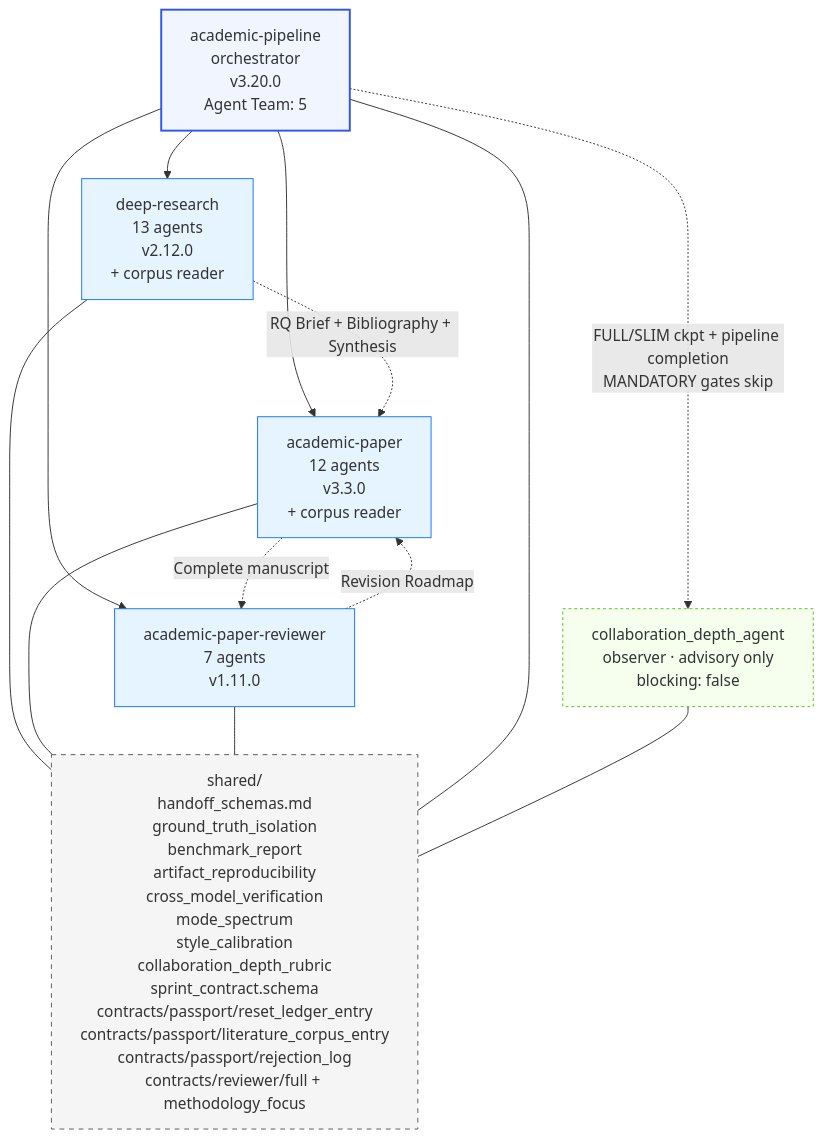
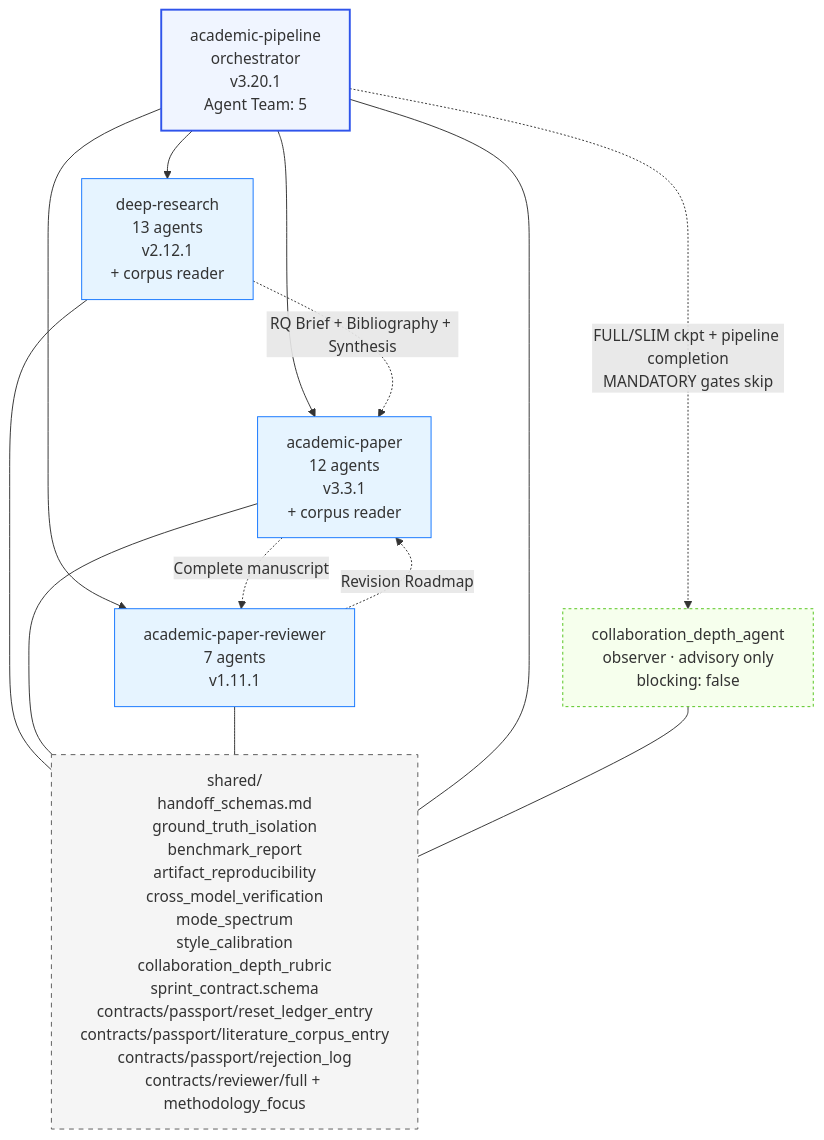
One commit to AlphaWu/academic-research-skills changed the fourth of 5 diagrams in docs/ARCHITECTURE.md. Above: the diagram before and after it, drawn with Mermaid. The commit also changed other lines of this file and 17 other files, not shown here.

````diff
--- a/docs/ARCHITECTURE.md
+++ b/docs/ARCHITECTURE.md
@@ -201,31 +201,31 @@
 ```mermaid
 graph TD
-    Pipeline[academic-pipeline<br/>orchestrator<br/>v3.20.0<br/>Agent Team: 5]
+    Pipeline[academic-pipeline<br/>orchestrator<br/>v3.20.1<br/>Agent Team: 5]
     Observer[collaboration_depth_agent<br/>observer · advisory only<br/>blocking: false]
-    DR[deep-research<br/>13 agents<br/>v2.12.0<br/>+ corpus reader]
-    AP[academic-paper<br/>12 agents<br/>v3.3.0<br/>+ corpus reader]
-    APR[academic-paper-reviewer<br/>7 agents<br/>v1.11.0]
+    DR[deep-research<br/>13 agents<br/>v2.12.1<br/>+ corpus reader]
+    AP[academic-paper<br/>12 agents<br/>v3.3.1<br/>+ corpus reader]
+    APR[academic-paper-reviewer<br/>7 agents<br/>v1.11.1]
     Shared[shared/<br/>handoff_schemas.md<br/>ground_truth_isolation<br/>benchmark_report<br/>artifact_reproducibility<br/>cross_model_verification<br/>mode_spectrum<br/>style_calibration<br/>collaboration_depth_rubric<br/>sprint_contract.schema<br/>contracts/passport/reset_ledger_entry<br/>contracts/passport/literature_corpus_entry<br/>contracts/passport/rejection_log<br/>contracts/reviewer/full + methodology_focus]
 
     Pipeline --> DR
     Pipeline --> AP
     Pipeline --> APR
     Pipeline -. "FULL/SLIM ckpt + pipeline completion<br/>MANDATORY gates skip" .-> Observer
     DR -. "RQ Brief + Bibliography + Synthesis" .-> AP
     AP -. "Complete manuscript" .-> APR
     APR -. "Revision Roadmap" .-> AP
     DR --- Shared
     AP --- Shared
     APR --- Shared
     Pipeline --- Shared
     Observer --- Shared
 
     classDef orch fill:#f0f5ff,stroke:#2f54eb,stroke-width:2px
     classDef skill fill:#e6f4ff,stroke:#1677ff
     classDef shared fill:#f5f5f5,stroke:#595959,stroke-dasharray:5 5
     classDef observer fill:#f6ffed,stroke:#52c41a,stroke-dasharray:3 3
     class Pipeline orch
     class DR,AP,APR skill
     class Shared shared
     class Observer observer
 ```
````
